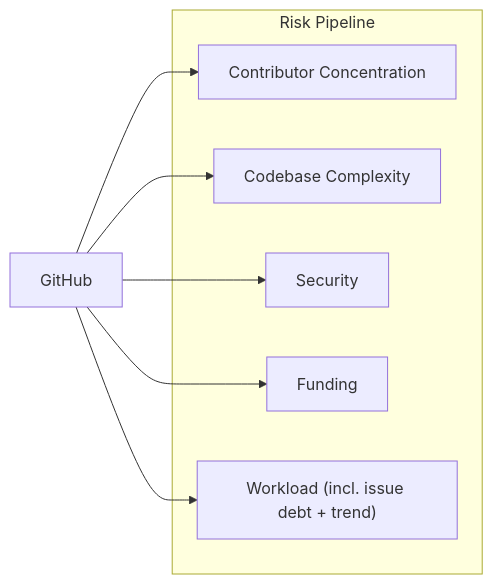
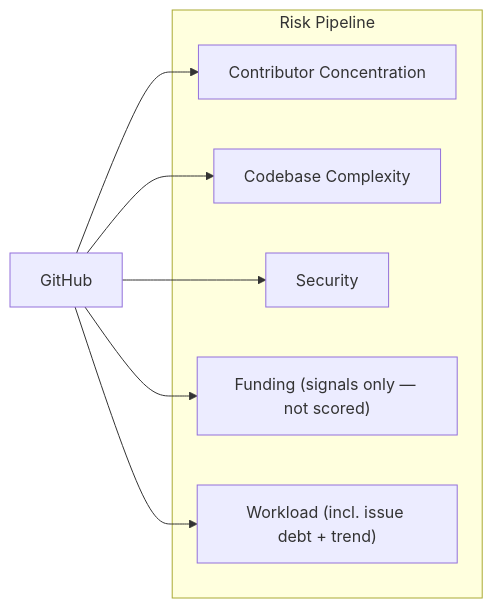
Before and after one commit to osendowment/model: the diagram in docs/risk.md, drawn with Mermaid. The commit also changed other lines of this file and 3 other files, not shown here.

First line of the commit message:
docs(risk): reconcile funding.md + polish — funding feeds intent/nonprofit, not score

````diff
--- a/docs/risk.md
+++ b/docs/risk.md
@@ -91,18 +92,18 @@
 ```mermaid
 graph LR
     github["GitHub"]
 
     subgraph Risk["Risk Pipeline"]
         concentration["Contributor Concentration"]
         complexity["Codebase Complexity"]
         security["Security"]
-        funding["Funding"]
+        funding["Funding (signals only — not scored)"]
         workload["Workload (incl. issue debt + trend)"]
     end
 
     github --> concentration
     github --> complexity
     github --> security
     github --> funding
     github --> workload
 ```
````
